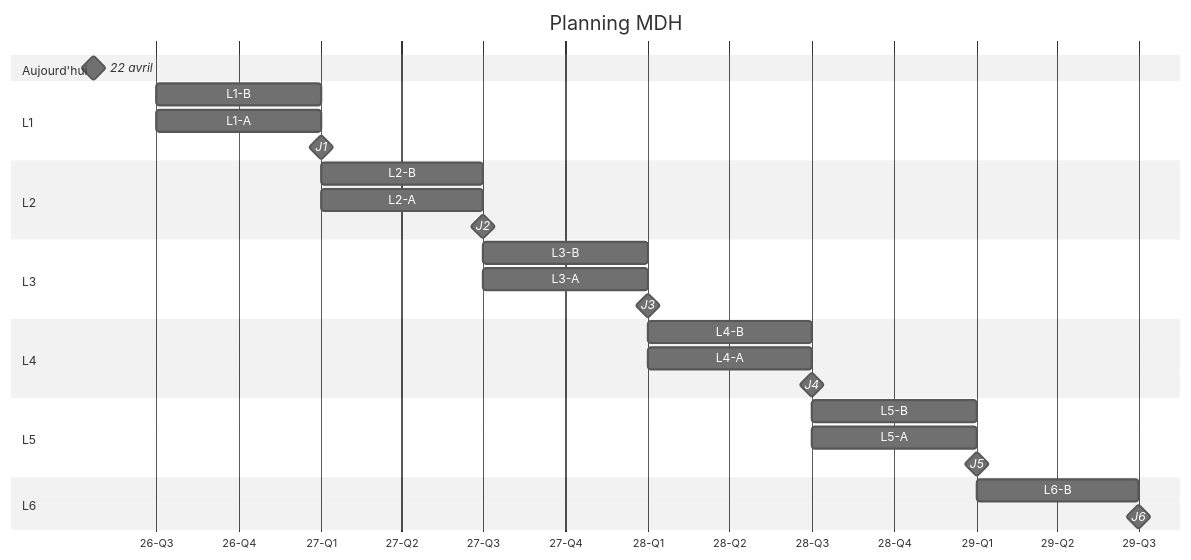
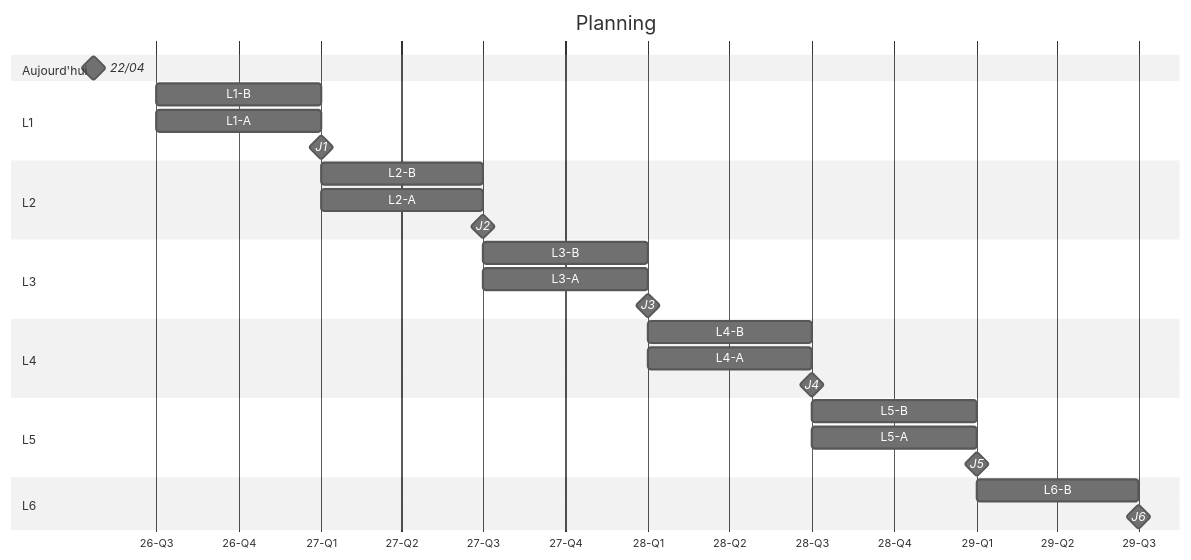
Before and after one commit to cdamas-cerema/test: the diagram in planning.md, drawn with Mermaid (neutral theme). The commit also changed other lines of this file, not shown here.

Commit message:
Update title and date format in planning.md

````diff
--- a/planning.md
+++ b/planning.md
@@ -2,41 +2,41 @@
 ```mermaid
 gantt
-    title Planning MDH
+    title Planning
     dateFormat YYYY-MM-DD
     axisFormat %y-Q%q
     tickInterval 3month
 
     section Aujourd'hui
         %% This task forces the chart to start at the beginning of the year
-        22 avril : milestone, m1, 2026-04-22, 0d
+        22/04 : milestone, m1, 2026-04-22, 0d
 
     section L1
         L1-B                                 :2026-07-01, 6M
         L1-A                                 :2026-07-01, 6M
         J1                                   :milestone, 2027-01-01, 1m
 
     section L2
         L2-B                                 :2027-01-01, 6M
         L2-A                                 :2027-01-01, 6M
         J2                                   :milestone, 2027-07-01, 1m
 
     section L3
         L3-B                                 :2027-07-01, 6M
         L3-A                                 :2027-07-01, 6M
         J3                                   :milestone, 2028-01-01, 1m
 
     section L4
         L4-B                                 :2028-01-01, 6M
         L4-A                                 :2028-01-01, 6M
         J4                                   :milestone, 2028-07-01, 1m
 
     section L5
         L5-B                                 :2028-07-01, 6M
         L5-A                                 :2028-07-01, 6M
         J5                                   :milestone, 2029-01-01, 1m
 
     section L6
         L6-B                                 :2029-01-01, 6M
         J6                                   :milestone, 2029-07-01, 1m
         
 ```
````
